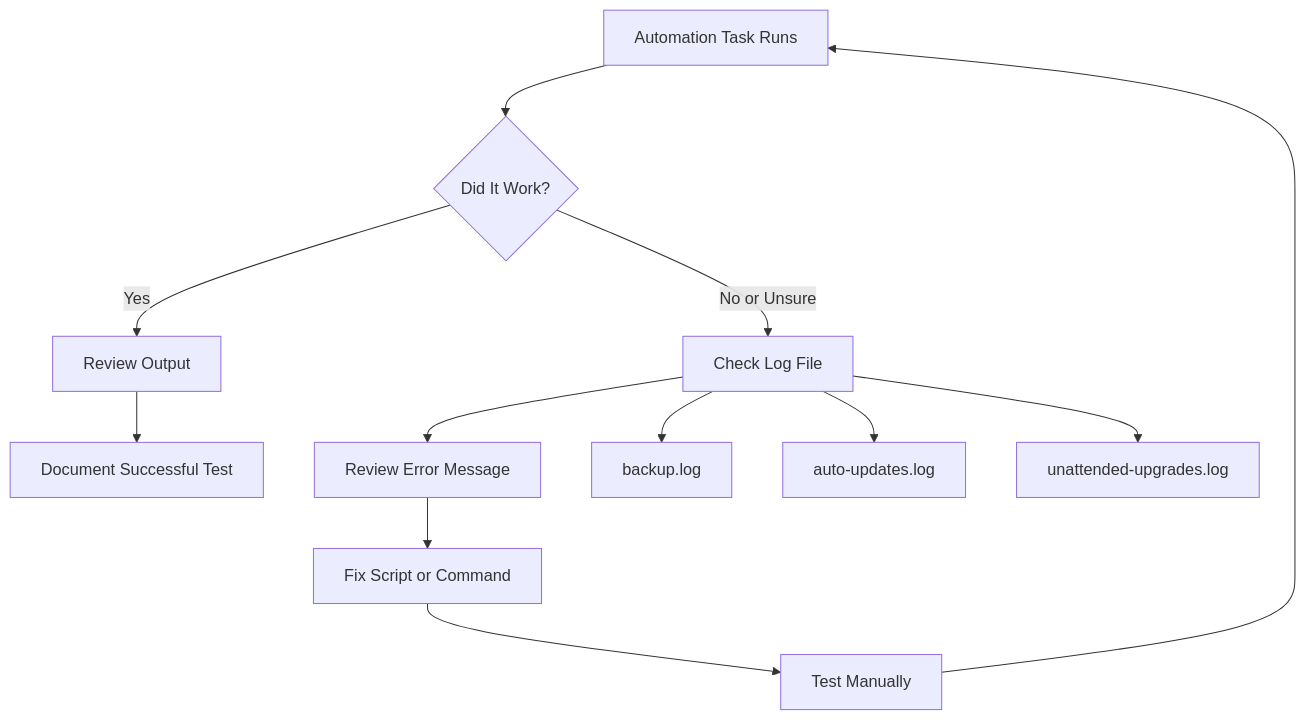
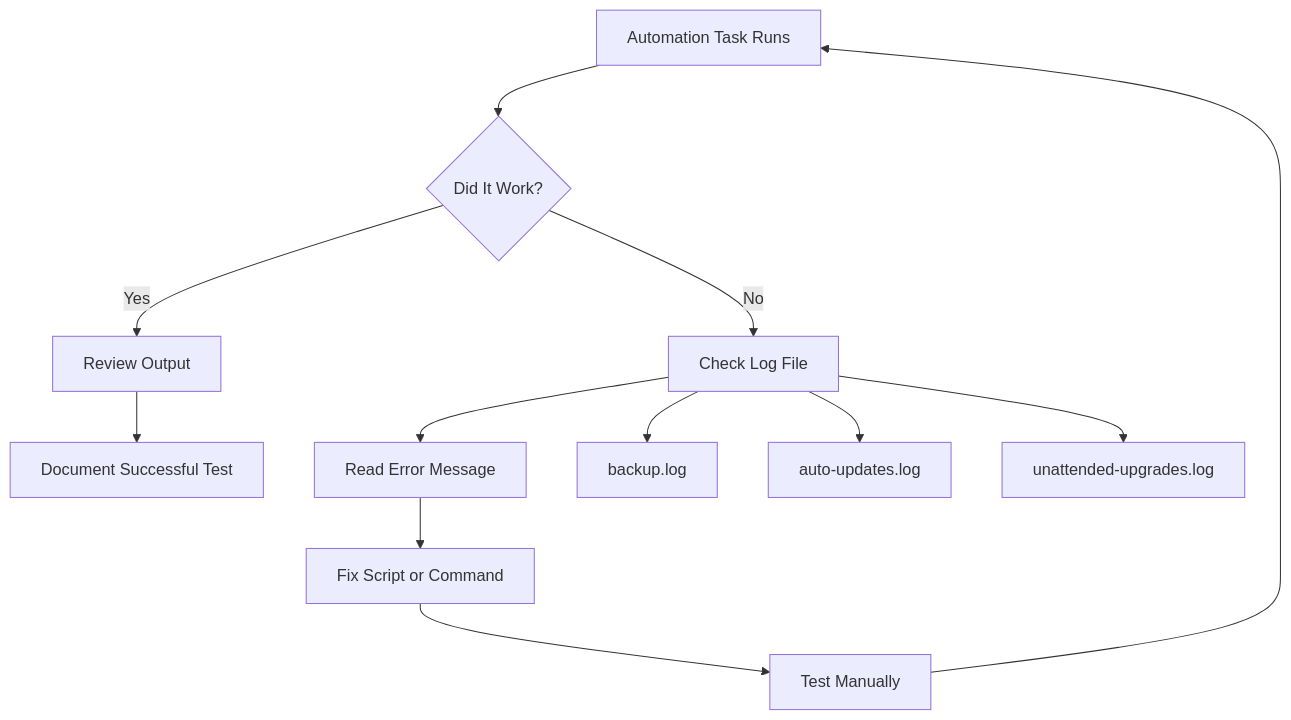
One commit to waltercalderonwork255-hue/SysAdmin-HomeLab changed the eighth of 10 diagrams in Automation/Diagrams.md. Above: the diagram before and after it, drawn with Mermaid. The commit also changed other lines of this file, not shown here.

````diff
--- a/Automation/Diagrams.md
+++ b/Automation/Diagrams.md
@@ -188,17 +177,17 @@
 ```mermaid
 flowchart TD
-    A[Automation Task Runs] --> B{Did It Work?}
+    A["Automation Task Runs"] --> B{"Did It Work?"}
 
-    B -->|Yes| C[Review Output]
-    C --> D[Document Successful Test]
+    B -->|Yes| C["Review Output"]
+    C --> D["Document Successful Test"]
 
-    B -->|No or Unsure| E[Check Log File]
-    E --> F[Review Error Message]
-    F --> G[Fix Script or Command]
-    G --> H[Test Manually]
+    B -->|No| E["Check Log File"]
+    E --> F["Read Error Message"]
+    F --> G["Fix Script or Command"]
+    G --> H["Test Manually"]
     H --> A
 
-    E --> I[backup.log]
-    E --> J[auto-updates.log]
-    E --> K[unattended-upgrades.log]
+    E --> I["backup.log"]
+    E --> J["auto-updates.log"]
+    E --> K["unattended-upgrades.log"]
 ```
````
